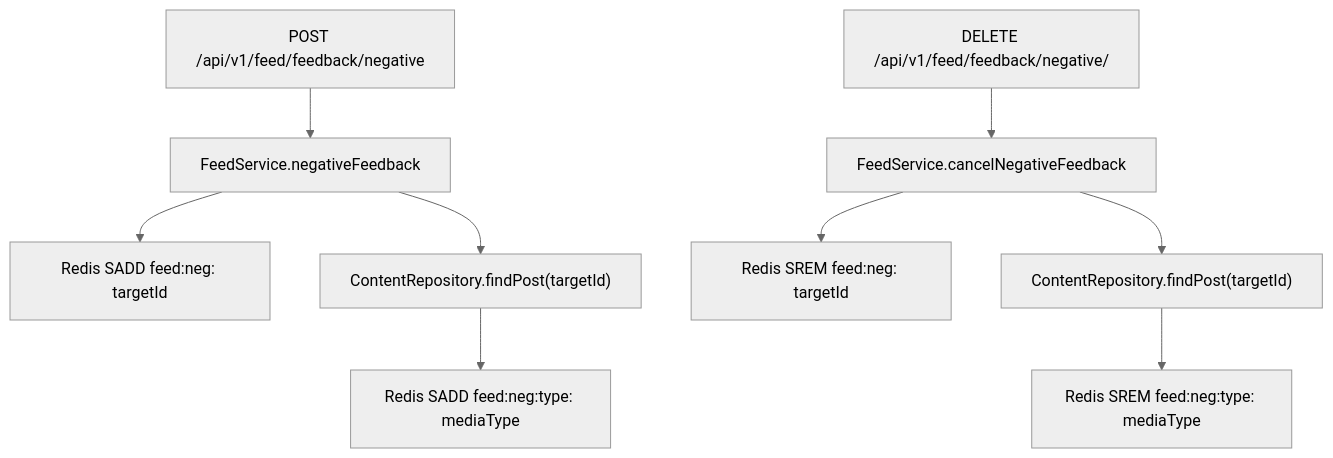
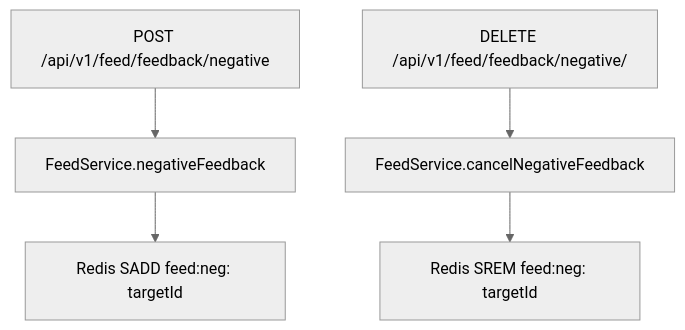
One commit to Yager-42/-- changed the fourth of 4 diagrams in .codex/distribution-feed-implementation-ezRead.md. Above: the diagram before and after it, drawn with Mermaid (neutral theme). The commit also changed other lines of this file and 22 other files, not shown here.

First line of the commit message:
fix(feed): 负反馈类型改用 postTypes（非 media_type）并落库

````diff
--- a/.codex/distribution-feed-implementation-ezRead.md
+++ b/.codex/distribution-feed-implementation-ezRead.md
@@ -142,11 +145,7 @@
 ```mermaid
 graph TD
   NF[POST /api/v1/feed/feedback/negative] --> A[FeedService.negativeFeedback]
   A --> SADD_POST["Redis SADD feed:neg:<userId> targetId"]
-  A --> FIND["ContentRepository.findPost(targetId)"]
-  FIND --> SADD_TYPE["Redis SADD feed:neg:type:<userId> mediaType"]
   CNF["DELETE /api/v1/feed/feedback/negative/<targetId>"] --> Rm[FeedService.cancelNegativeFeedback]
   Rm --> SREM_POST["Redis SREM feed:neg:<userId> targetId"]
-  Rm --> FIND2["ContentRepository.findPost(targetId)"]
-  FIND2 --> SREM_TYPE["Redis SREM feed:neg:type:<userId> mediaType"]
 ```
````
